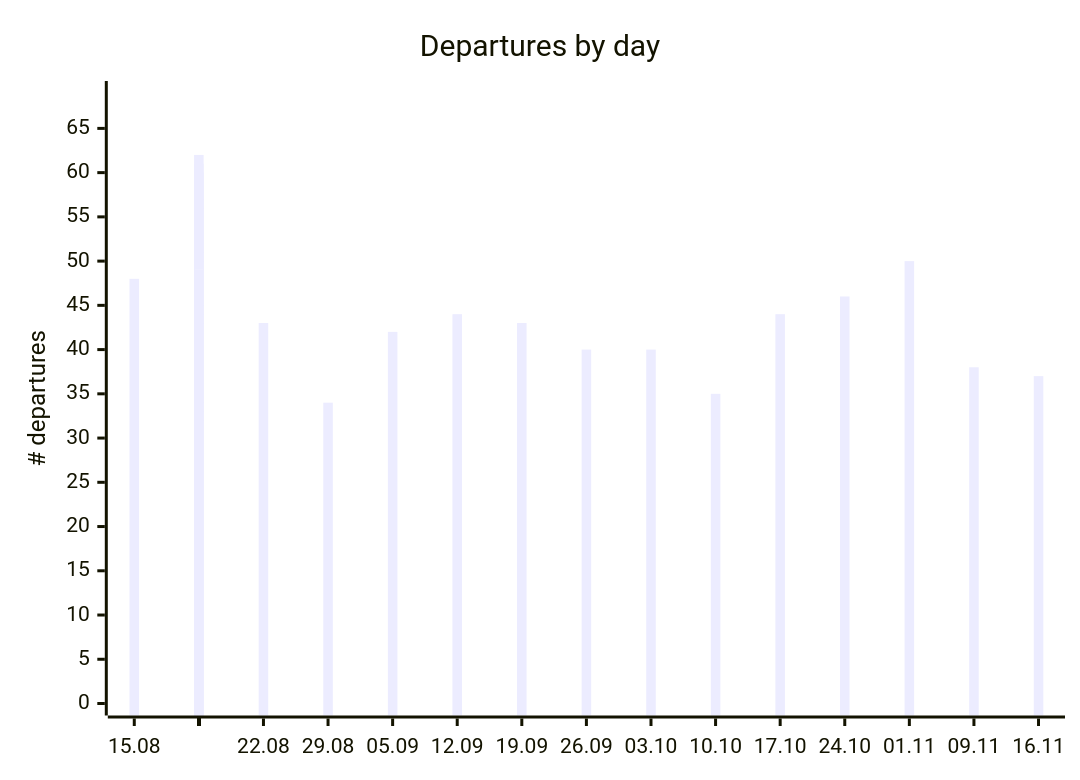
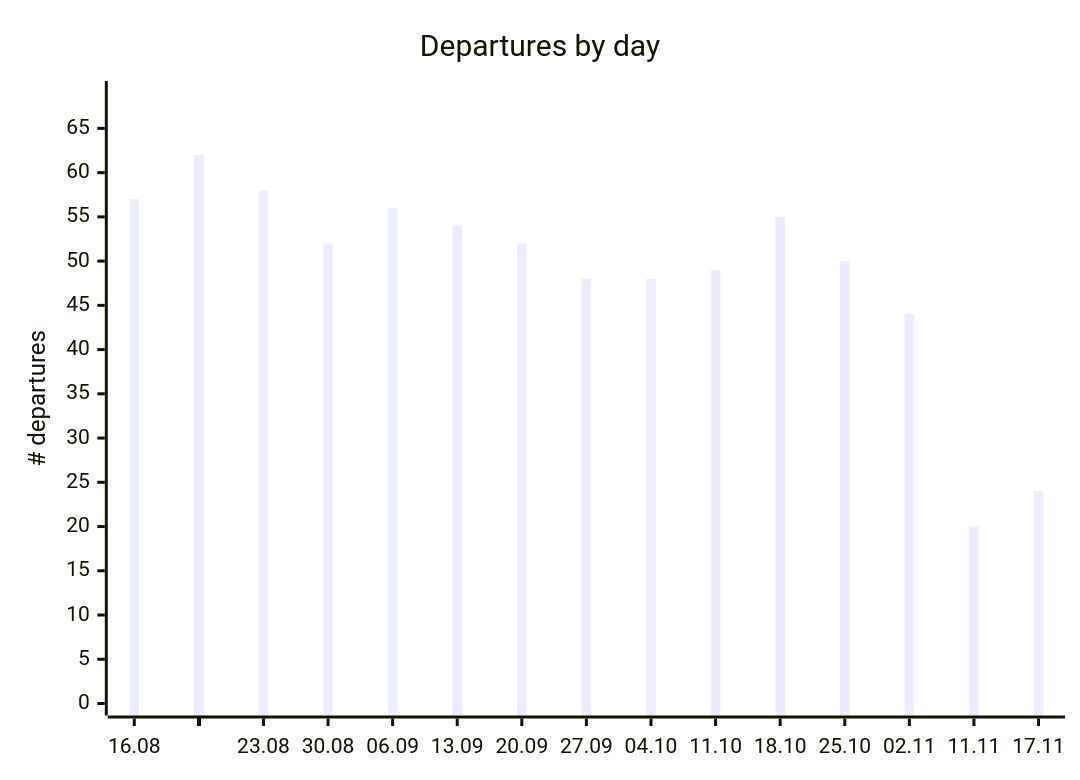
Before and after one commit to rainermesi/tll-airport-departures: the first of 2 diagrams in README.md, drawn with Mermaid. The commit also changed other lines of this file and 3 other files, not shown here.

````diff
--- a/README.md
+++ b/README.md
@@ -65,12 +65,12 @@
 ```mermaid
 ---
 xyChart:
     xAxis:
       labelFontSize: 8
 ---
 xychart-beta
     title "Departures by day"
-    x-axis ["15.08", " ", " ", " ", " ", " ", " ", "22.08", " ", " ", " ", " ", " ", " ", "29.08", " ", " ", " ", " ", " ", " ", "05.09", " ", " ", " ", " ", " ", " ", "12.09", " ", " ", " ", " ", " ", " ", "19.09", " ", " ", " ", " ", " ", " ", "26.09", " ", " ", " ", " ", " ", " ", "03.10", " ", " ", " ", " ", " ", " ", "10.10", " ", " ", " ", " ", " ", " ", "17.10", " ", " ", " ", " ", " ", " ", "24.10", " ", " ", " ", " ", " ", " ", "01.11", " ", " ", " ", " ", " ", " ", "09.11", " ", " ", " ", " ", "16.11"]
+    x-axis ["16.08", " ", " ", " ", " ", " ", " ", "23.08", " ", " ", " ", " ", " ", " ", "30.08", " ", " ", " ", " ", " ", " ", "06.09", " ", " ", " ", " ", " ", " ", "13.09", " ", " ", " ", " ", " ", " ", "20.09", " ", " ", " ", " ", " ", " ", "27.09", " ", " ", " ", " ", " ", " ", "04.10", " ", " ", " ", " ", " ", " ", "11.10", " ", " ", " ", " ", " ", " ", "18.10", " ", " ", " ", " ", " ", " ", "25.10", " ", " ", " ", " ", " ", " ", "02.11", " ", " ", " ", " ", " ", " ", "11.11", " ", " ", " ", " ", "17.11"]
     y-axis "# departures" 0 --> 69
-    bar [48, 57, 60, 46, 54, 55, 60, 43, 58, 58, 48, 54, 33, 32, 34, 52, 54, 45, 54, 49, 62, 42, 56, 57, 48, 53, 52, 61, 44, 54, 56, 47, 51, 52, 59, 43, 52, 55, 46, 51, 53, 57, 40, 48, 54, 42, 46, 52, 54, 40, 48, 50, 36, 45, 46, 53, 35, 49, 50, 34, 46, 52, 58, 44, 55, 56, 46, 48, 52, 57, 46, 50, 46, 51, 27, 49, 49, 50, 44, 20, 43, 24, 45, 47, 38, 20, 23, 41, 22, 37]
+    bar [57, 60, 46, 54, 55, 60, 43, 58, 58, 48, 54, 33, 32, 34, 52, 54, 45, 54, 49, 62, 42, 56, 57, 48, 53, 52, 61, 44, 54, 56, 47, 51, 52, 59, 43, 52, 55, 46, 51, 53, 57, 40, 48, 54, 42, 46, 52, 54, 40, 48, 50, 36, 45, 46, 53, 35, 49, 50, 34, 46, 52, 58, 44, 55, 56, 46, 48, 52, 57, 46, 50, 46, 51, 27, 49, 49, 50, 44, 20, 43, 24, 45, 47, 38, 20, 23, 41, 22, 37, 24]
 ```
````
